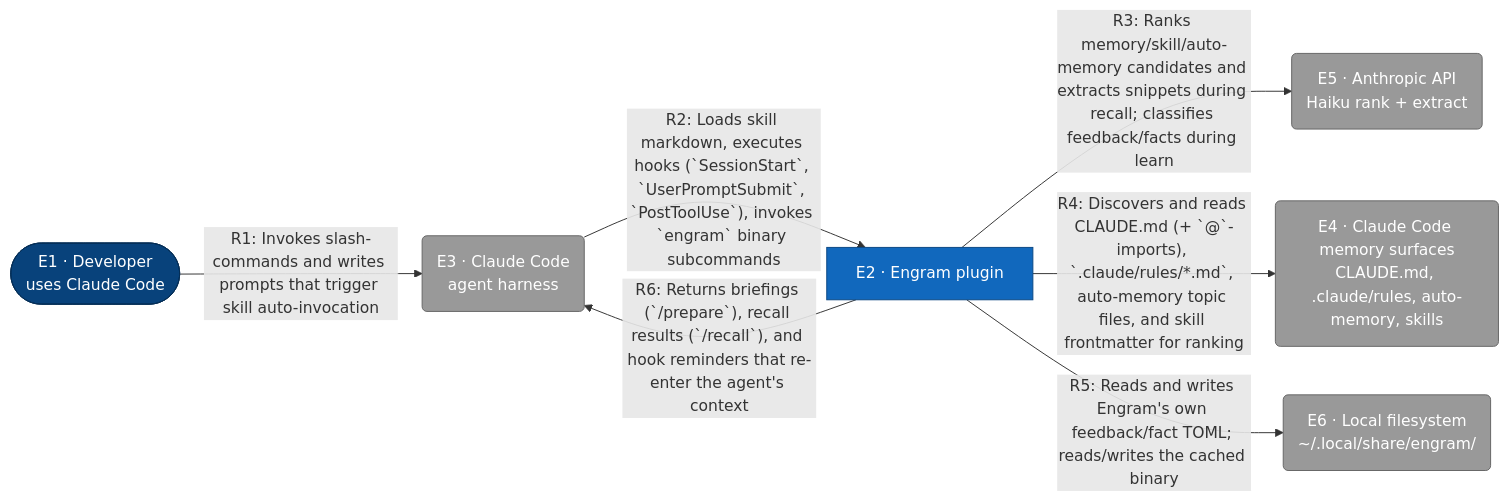
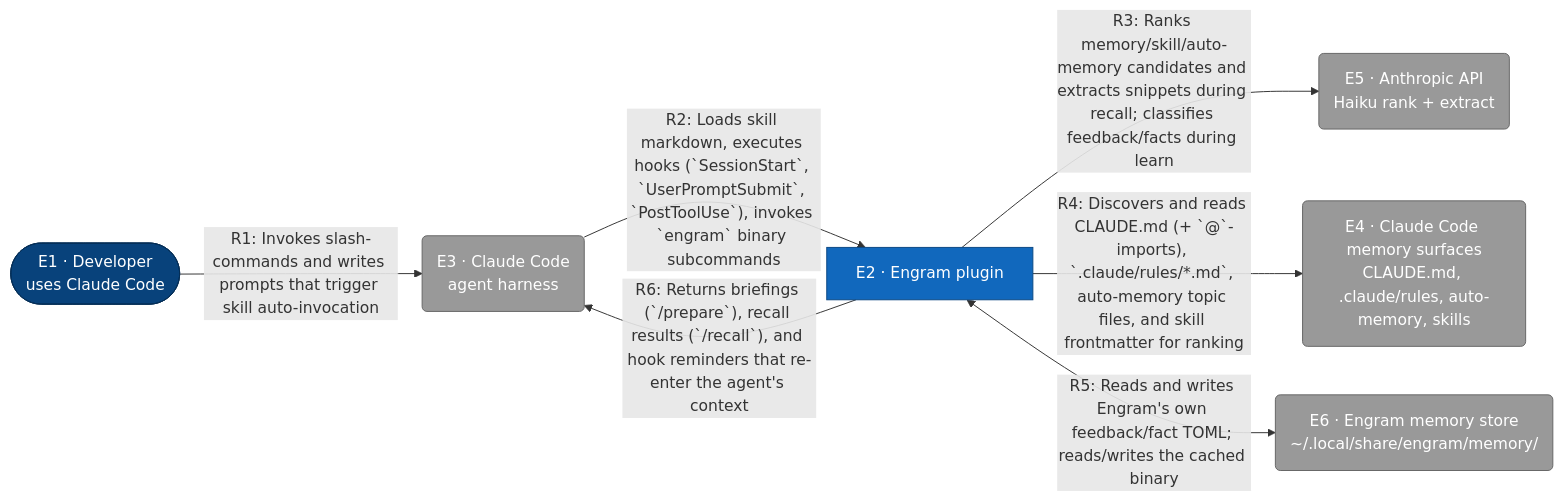
One commit to toejough/engram changed the diagram in architecture/c4/c1-engram-system.md. Above: the diagram before and after it, drawn with Mermaid. The commit also changed other lines of this file and 3 other files, not shown here.

````diff
--- a/architecture/c4/c1-engram-system.md
+++ b/architecture/c4/c1-engram-system.md
@@ -15,31 +15,31 @@
 ```mermaid
 flowchart LR
     classDef person      fill:#08427b,stroke:#052e56,color:#fff
     classDef external    fill:#999,   stroke:#666,   color:#fff
     classDef container   fill:#1168bd,stroke:#0b4884,color:#fff
 
     e1([E1 · Developer<br/>uses Claude Code])
     e2[E2 · Engram plugin]
     e3(E3 · Claude Code<br/>agent harness)
     e4(E4 · Claude Code memory surfaces<br/>CLAUDE.md, .claude/rules, auto-memory, skills)
     e5(E5 · Anthropic API<br/>Haiku rank + extract)
-    e6(E6 · Local filesystem<br/>~/.local/share/engram/)
+    e6(E6 · Engram memory store<br/>~/.local/share/engram/memory/)
 
     e1 -->|"R1: Invokes slash-commands and writes prompts that trigger skill auto-invocation"| e3
     e3 -->|"R2: Loads skill markdown, executes hooks (`SessionStart`, `UserPromptSubmit`, `PostToolUse`), invokes `engram` binary subcommands"| e2
     e2 -->|"R3: Ranks memory/skill/auto-memory candidates and extracts snippets during recall; classifies feedback/facts during learn"| e5
     e2 -->|"R4: Discovers and reads CLAUDE.md (+ `@`-imports), `.claude/rules/*.md`, auto-memory topic files, and skill frontmatter for ranking"| e4
-    e2 -->|"R5: Reads and writes Engram's own feedback/fact TOML; reads/writes the cached binary"| e6
+    e2 <-->|"R5: Reads and writes Engram's own feedback/fact TOML; reads/writes the cached binary"| e6
     e2 -->|"R6: Returns briefings (`/prepare`), recall results (`/recall`), and hook reminders that re-enter the agent's context"| e3
 
     class e1 person
     class e3,e4,e5,e6 external
     class e2 container
 
     click e1 href "#e1-developer" "Developer"
     click e2 href "#e2-engram-plugin" "Engram plugin"
     click e3 href "#e3-claude-code" "Claude Code"
     click e4 href "#e4-claude-code-memory-surfaces" "Claude Code memory surfaces"
     click e5 href "#e5-anthropic-api" "Anthropic API"
-    click e6 href "#e6-local-filesystem" "Local filesystem"
+    click e6 href "#e6-engram-memory-store" "Engram memory store"
 ```
````
